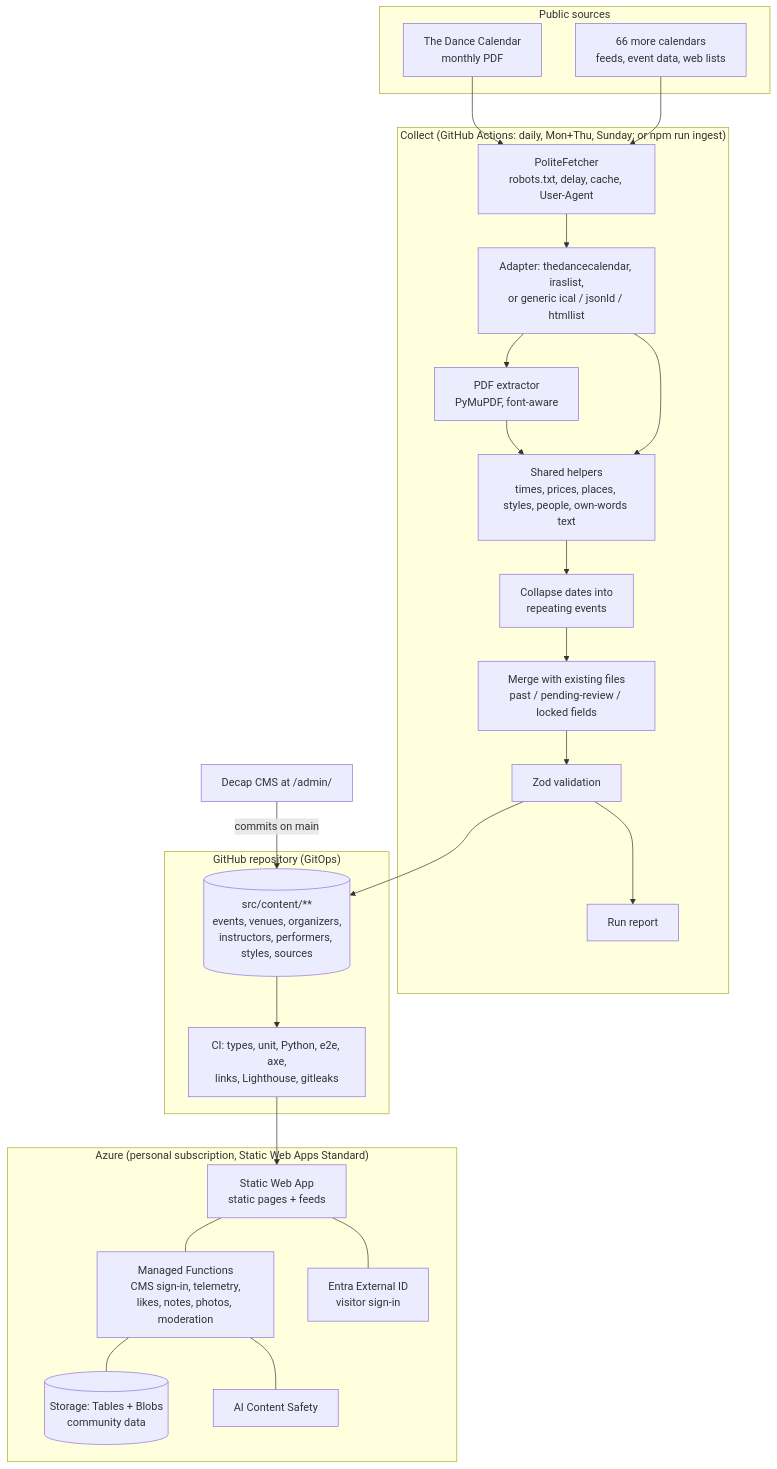
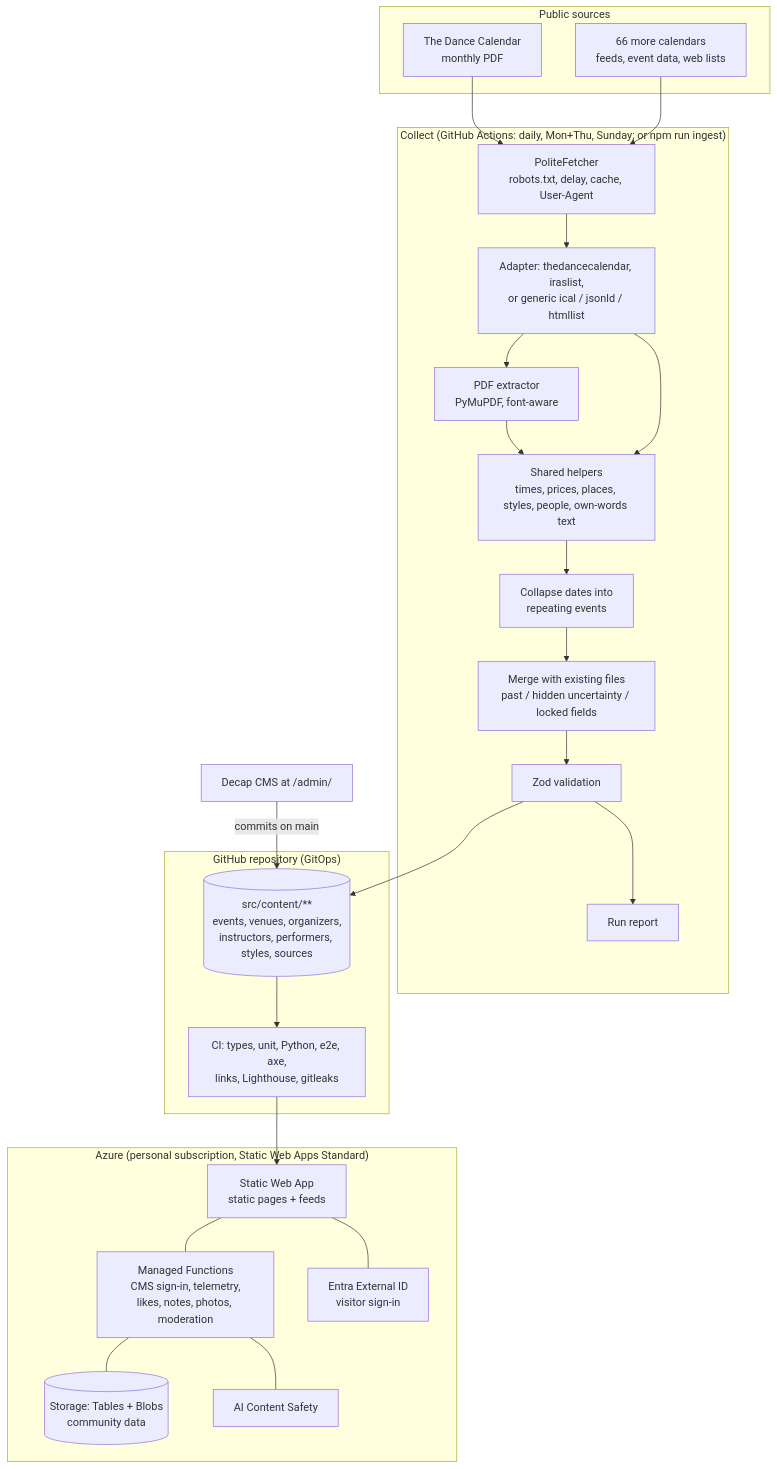
One commit to michaelsrichter/long-island-dance-events changed the first of 5 diagrams in docs/architecture.md. Above: the diagram before and after it, drawn with Mermaid. The commit also changed other lines of this file and 35 other files, not shown here.

````diff
--- a/docs/architecture.md
+++ b/docs/architecture.md
@@ -7,39 +7,39 @@
 ```mermaid
 flowchart TB
   subgraph Sources["Public sources"]
     S1[The Dance Calendar<br/>monthly PDF]
     S2[66 more calendars<br/>feeds, event data, web lists]
   end
   subgraph Collect["Collect (GitHub Actions: daily, Mon+Thu, Sunday; or npm run ingest)"]
     F[PoliteFetcher<br/>robots.txt, delay, cache, User-Agent]
     AD[Adapter: thedancecalendar, iraslist,<br/>or generic ical / jsonld / htmllist]
     PY[PDF extractor<br/>PyMuPDF, font-aware]
     N[Shared helpers<br/>times, prices, places, styles, people, own-words text]
     C[Collapse dates into<br/>repeating events]
-    M[Merge with existing files<br/>past / pending-review / locked fields]
+    M[Merge with existing files<br/>past / hidden uncertainty / locked fields]
     V[Zod validation]
     R[Run report]
   end
   subgraph Repo["GitHub repository (GitOps)"]
     D[(src/content/**<br/>events, venues, organizers,<br/>instructors, performers, styles, sources)]
     CI[CI: types, unit, Python, e2e, axe,<br/>links, Lighthouse, gitleaks]
   end
   subgraph Azure["Azure (personal subscription, Static Web Apps Standard)"]
     SWA[Static Web App<br/>static pages + feeds]
     FN[Managed Functions<br/>CMS sign-in, telemetry,<br/>likes, notes, photos, moderation]
     ST[(Storage: Tables + Blobs<br/>community data)]
     EXT[Entra External ID<br/>visitor sign-in]
     CS[AI Content Safety]
   end
   S1 --> F
   S2 --> F
   F --> AD
   AD --> PY --> N
   AD --> N --> C --> M --> V --> D
   V --> R
   D --> CI --> SWA
   CMS[Decap CMS at /admin/] -->|commits on main| D
   SWA --- FN --- ST
   SWA --- EXT
   FN --- CS
 ```
````
